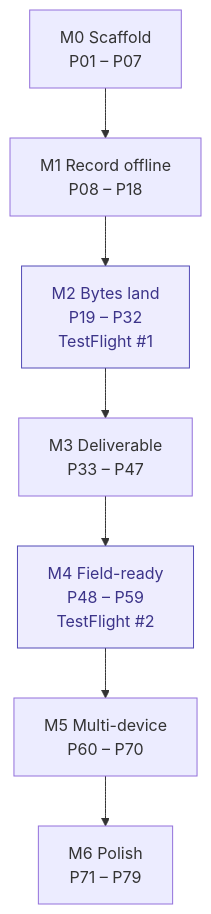
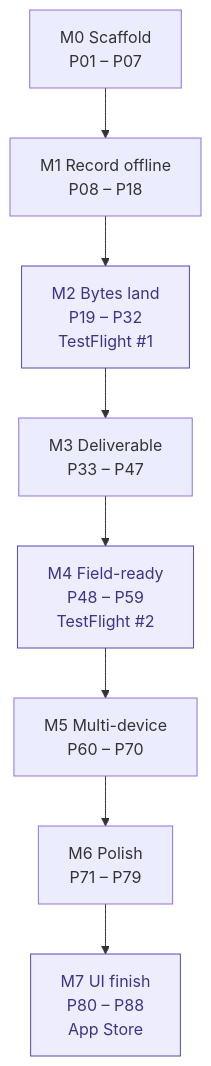
One commit to DAMHONGDUC/site-log-ios changed the second of 2 diagrams in ROADMAP.md. Above: the diagram before and after it, drawn with Mermaid. The commit also changed other lines of this file and 11 other files, not shown here.

First line of the commit message:
docs: roadmap - UI skeleton done, M7 UI finish last

````diff
--- a/ROADMAP.md
+++ b/ROADMAP.md
@@ -41,13 +47,14 @@
 ```mermaid
 flowchart TD
     M0["M0 Scaffold<br/>P01 – P07"]
     M0 --> M1["M1 Record offline<br/>P08 – P18"]
     M1 --> M2["M2 Bytes land<br/>P19 – P32<br/>TestFlight #1"]
     M2 --> M3["M3 Deliverable<br/>P33 – P47"]
     M3 --> M4["M4 Field-ready<br/>P48 – P59<br/>TestFlight #2"]
     M4 --> M5["M5 Multi-device<br/>P60 – P70"]
     M5 --> M6["M6 Polish<br/>P71 – P79"]
+    M6 --> M7["M7 UI finish<br/>P80 – P88<br/>App Store"]
 
     classDef ship fill:#EEEDFE,stroke:#534AB7,color:#3C3489
-    class M2,M4 ship
+    class M2,M4,M7 ship
 ```
````
